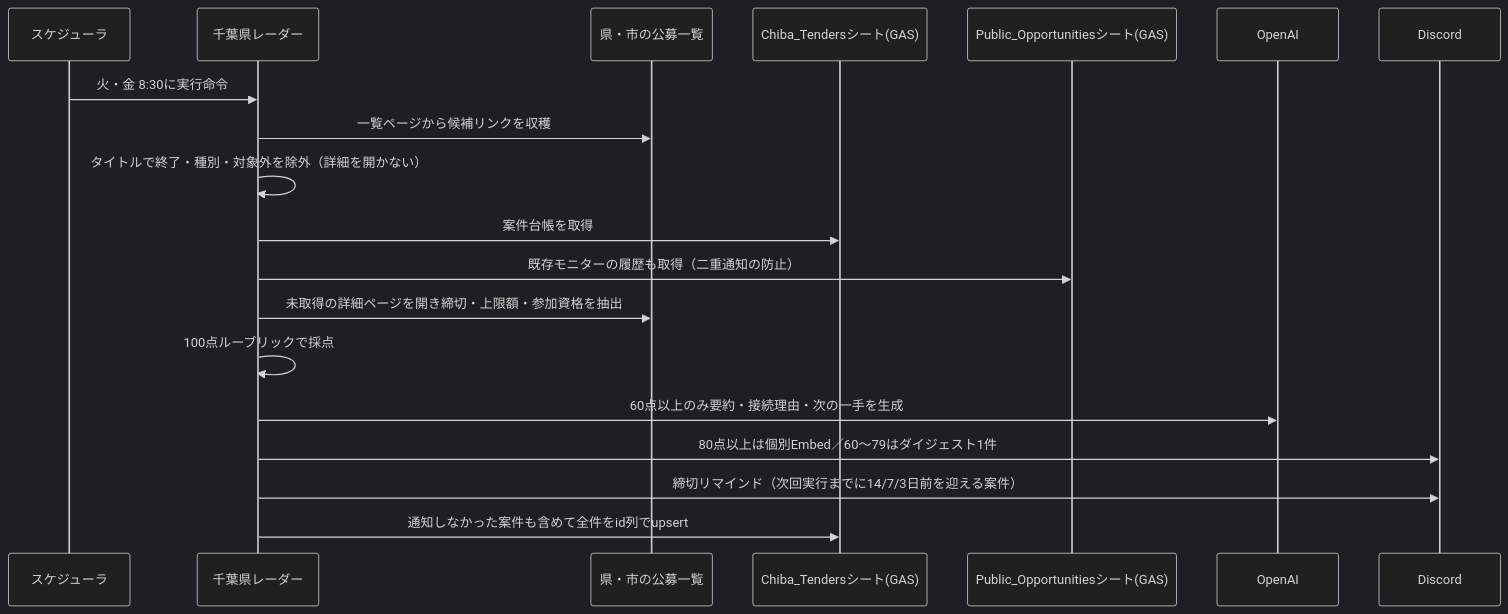
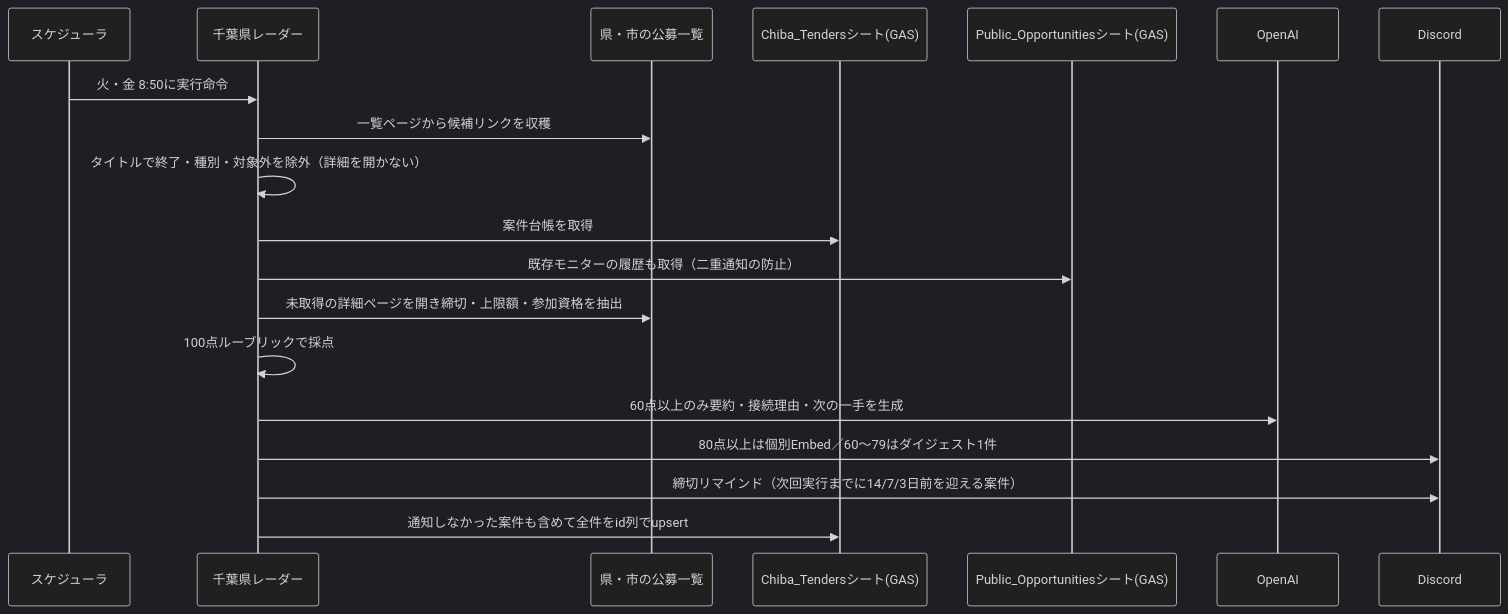
Before and after one commit to Metagri-Bot/daily-news-bot: the eighth of 9 diagrams in README.md, drawn with Mermaid (dark theme). The commit also changed other lines of this file and 7 other files, not shown here.

````diff
--- a/README.md
+++ b/README.md
@@ -275,22 +275,22 @@
 ```mermaid
 sequenceDiagram
     participant Sch as スケジューラ
     participant Radar as 千葉県レーダー
     participant Site as 県・市の公募一覧
     participant Sheet as Chiba_Tendersシート(GAS)
     participant PO as Public_Opportunitiesシート(GAS)
     participant OpenAI
     participant Discord
 
-    Sch->>Radar: 火・金 8:30に実行命令
+    Sch->>Radar: 火・金 8:50に実行命令
     Radar->>Site: 一覧ページから候補リンクを収穫
     Radar->>Radar: タイトルで終了・種別・対象外を除外（詳細を開かない）
     Radar->>Sheet: 案件台帳を取得
     Radar->>PO: 既存モニターの履歴も取得（二重通知の防止）
     Radar->>Site: 未取得の詳細ページを開き締切・上限額・参加資格を抽出
     Radar->>Radar: 100点ルーブリックで採点
     Radar->>OpenAI: 60点以上のみ要約・接続理由・次の一手を生成
     Radar->>Discord: 80点以上は個別Embed／60〜79はダイジェスト1件
     Radar->>Discord: 締切リマインド（次回実行までに14/7/3日前を迎える案件）
     Radar->>Sheet: 通知しなかった案件も含めて全件をid列でupsert
 ```
````
